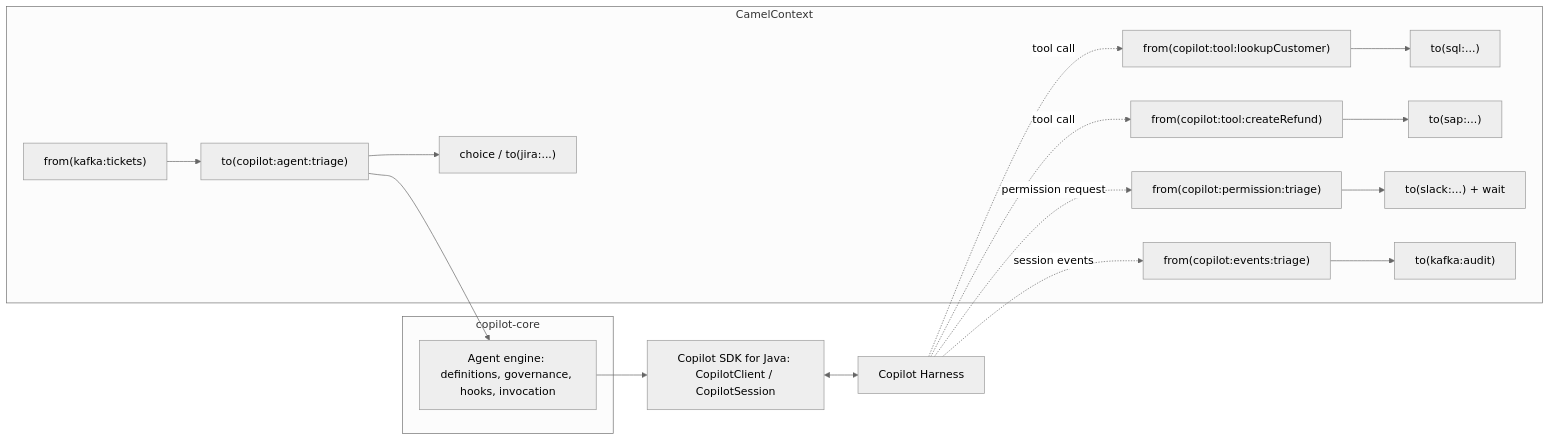
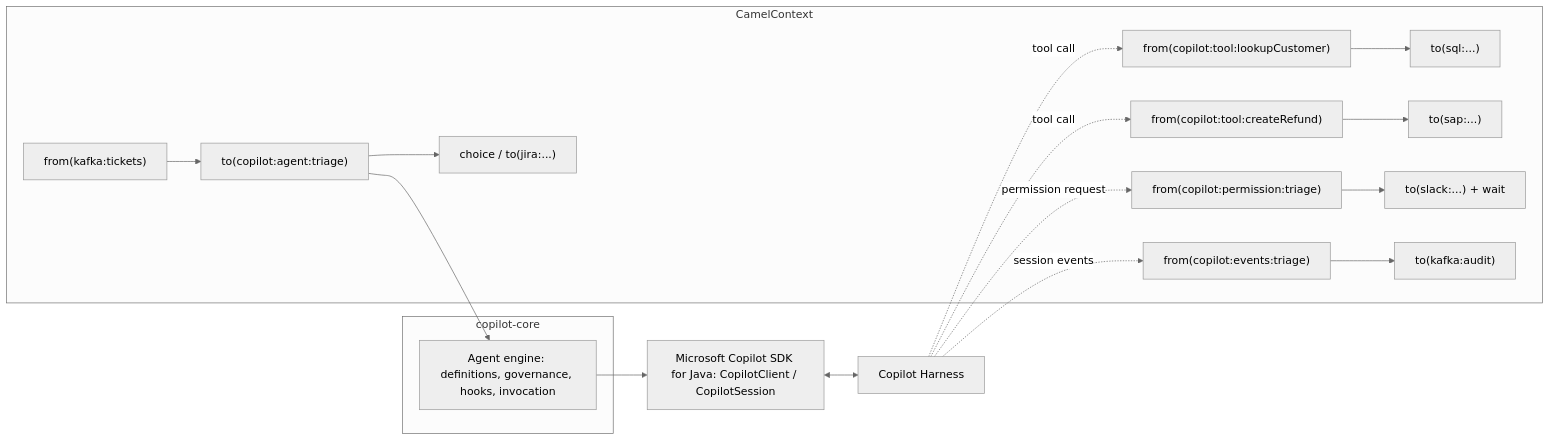
The diagram in java/camel/DESIGN.md (brunoborges/copilot-sdk-integrations), drawn with Mermaid (neutral theme) before and after one commit. The commit also changed other lines of this file and 427 other files, not shown here.

First line of the commit message:
Migrate all integrations to Microsoft Copilot SDK v2

````diff
--- a/java/camel/DESIGN.md
+++ b/java/camel/DESIGN.md
@@ -54,21 +54,21 @@
 ```mermaid
 flowchart LR
     subgraph Camel["CamelContext"]
         R1["from(kafka:tickets)"] --> P["to(copilot:agent:triage)"]
         P --> R2["choice / to(jira:...)"]
         T1["from(copilot:tool:lookupCustomer)"] --> SQL["to(sql:...)"]
         T2["from(copilot:tool:createRefund)"] --> SAP["to(sap:...)"]
         PERM["from(copilot:permission:triage)"] --> SLACK["to(slack:...) + wait"]
         EV["from(copilot:events:triage)"] --> AUDIT["to(kafka:audit)"]
     end
     subgraph Core["copilot-core"]
         ENG["Agent engine: definitions, governance, hooks, invocation"]
     end
     P --> ENG
-    ENG --> SDK["Copilot SDK for Java: CopilotClient / CopilotSession"]
+    ENG --> SDK["Microsoft Copilot SDK for Java: CopilotClient / CopilotSession"]
     SDK <--> RT["Copilot Harness"]
     RT -. tool call .-> T1
     RT -. tool call .-> T2
     RT -. permission request .-> PERM
     RT -. session events .-> EV
 ```
````
